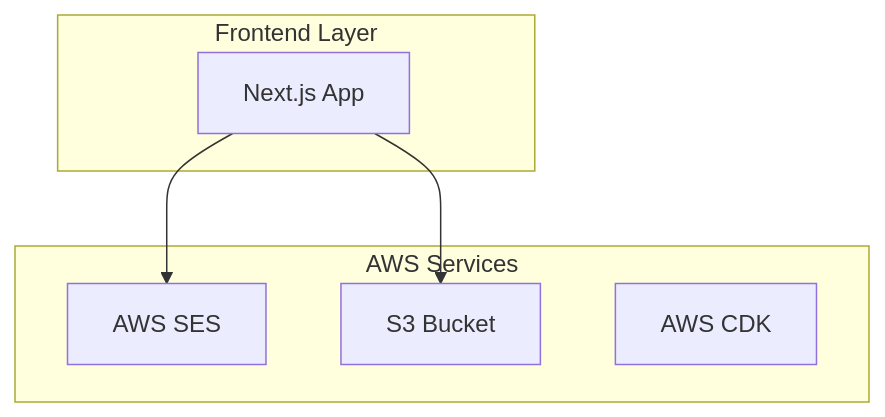
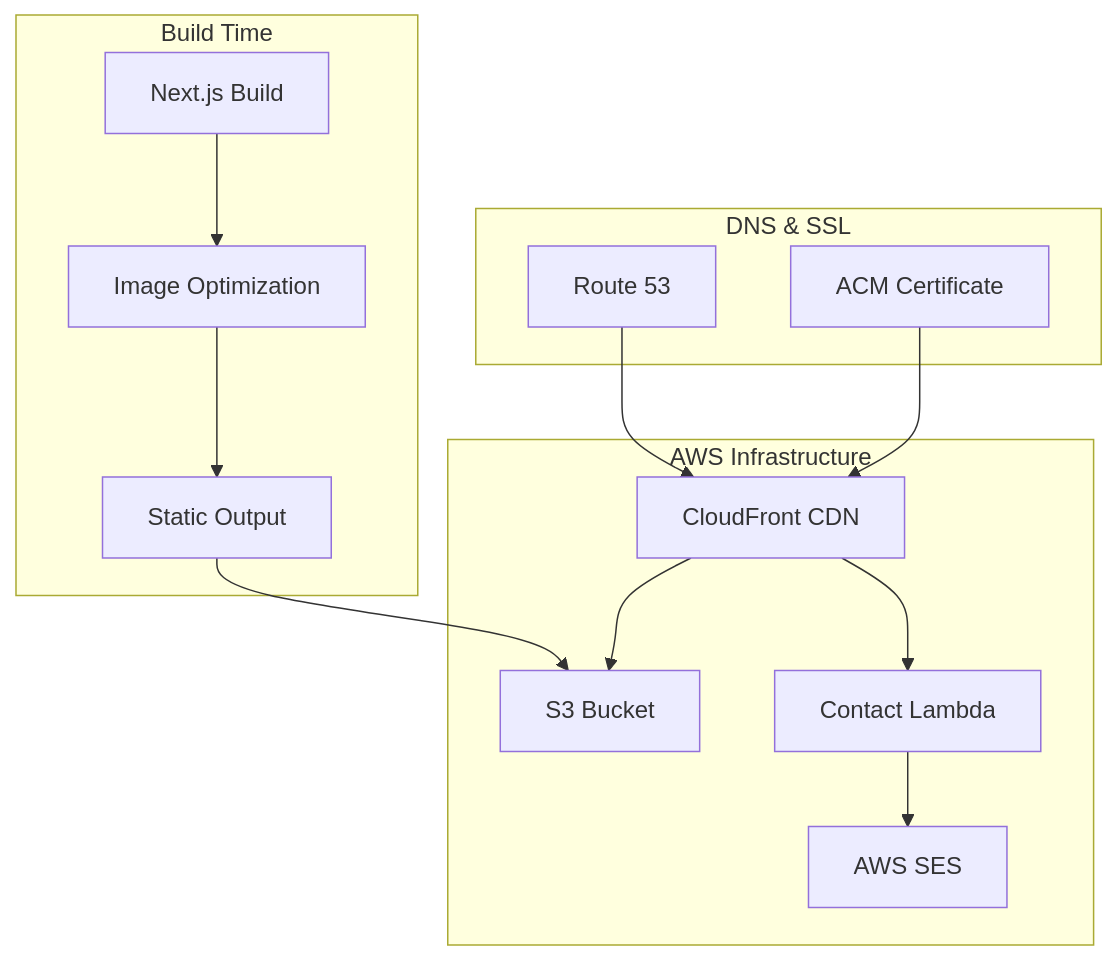
The first of 2 diagrams in docs/architecture/README.md (BjornMelin/bjornmelin-platform-io), drawn with Mermaid before and after one commit. The commit also changed other lines of this file and 33 other files, not shown here.

````diff
--- a/docs/architecture/README.md
+++ b/docs/architecture/README.md
@@ -14,15 +14,27 @@
 ```mermaid
 graph TB
-    subgraph "Frontend Layer"
-        NEXT[Next.js App]
+    subgraph "Build Time"
+        NEXT[Next.js Build]
+        IMAGES[Image Optimization]
+        NEXT --> IMAGES
+        IMAGES --> OUT[Static Output]
     end
 
-    subgraph "AWS Services"
+    subgraph "AWS Infrastructure"
+        S3[S3 Bucket]
+        CF[CloudFront CDN]
+        LAMBDA[Contact Lambda]
         SES[AWS SES]
-        S3[S3 Bucket]
-        CDK[AWS CDK]
+        OUT --> S3
+        CF --> S3
+        CF --> LAMBDA
+        LAMBDA --> SES
     end
 
-    NEXT --> SES
-    NEXT --> S3
+    subgraph "DNS & SSL"
+        R53[Route 53]
+        ACM[ACM Certificate]
+        R53 --> CF
+        ACM --> CF
+    end
 ```
````
